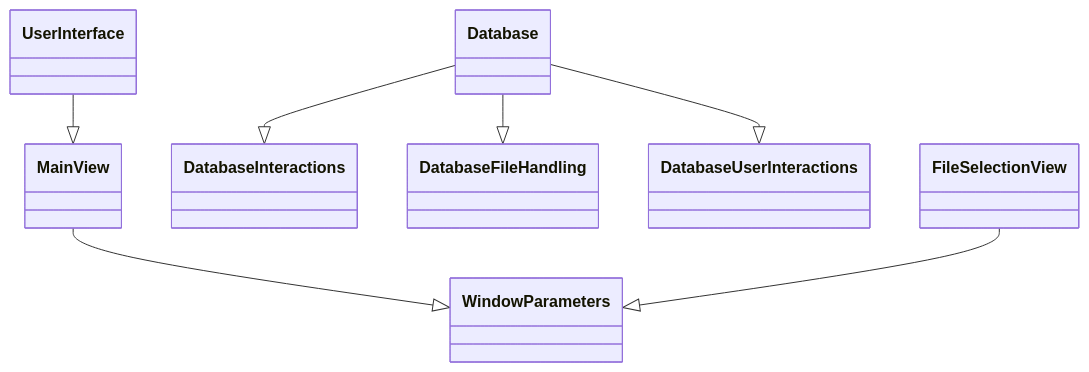
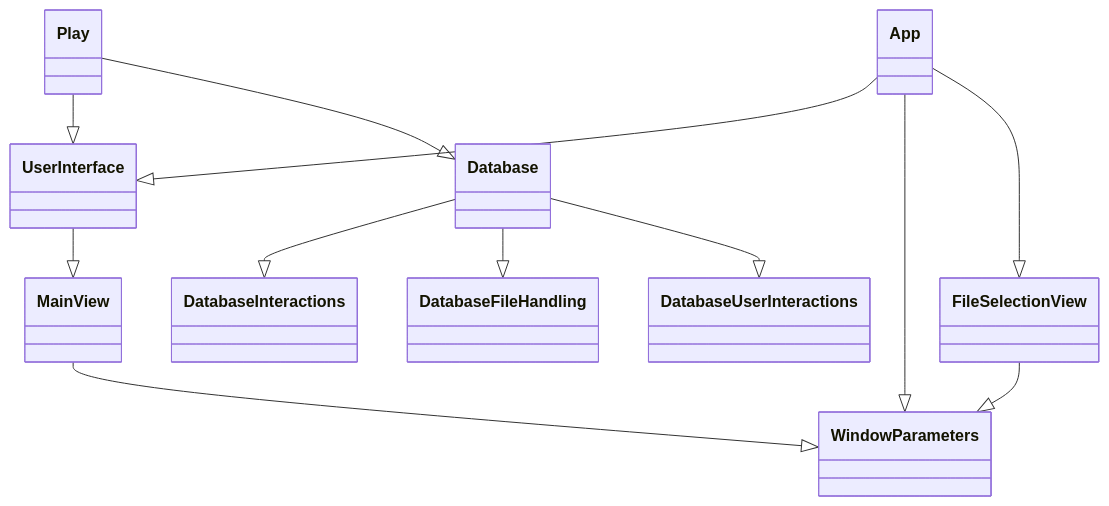
Before and after one commit to platipus82/ot-harjoitustyo: the diagram in dokumentaatio/luokkakaavio_nodetail.MD, drawn with Mermaid.

````diff
--- a/dokumentaatio/luokkakaavio_nodetail.MD
+++ b/dokumentaatio/luokkakaavio_nodetail.MD
@@ -1,18 +1,26 @@
 ```mermaid
 classDiagram
     class UserInterface
     class MainView
     class DatabaseInteractions
     class DatabaseFileHandling
     class DatabaseUserInteractions
     class WindowParameters
     class FileSelectionView
     class Database
+    class App
+    class Play
 
     UserInterface --|> MainView
     MainView --|> WindowParameters
     FileSelectionView --|> WindowParameters
     Database --|> DatabaseInteractions
     Database --|> DatabaseFileHandling
     Database --|> DatabaseUserInteractions
+    App --|> UserInterface
+    App --|> WindowParameters
+    App --|> FileSelectionView
+    Play --|> UserInterface
+    Play --|> Database
+
 ```
````
